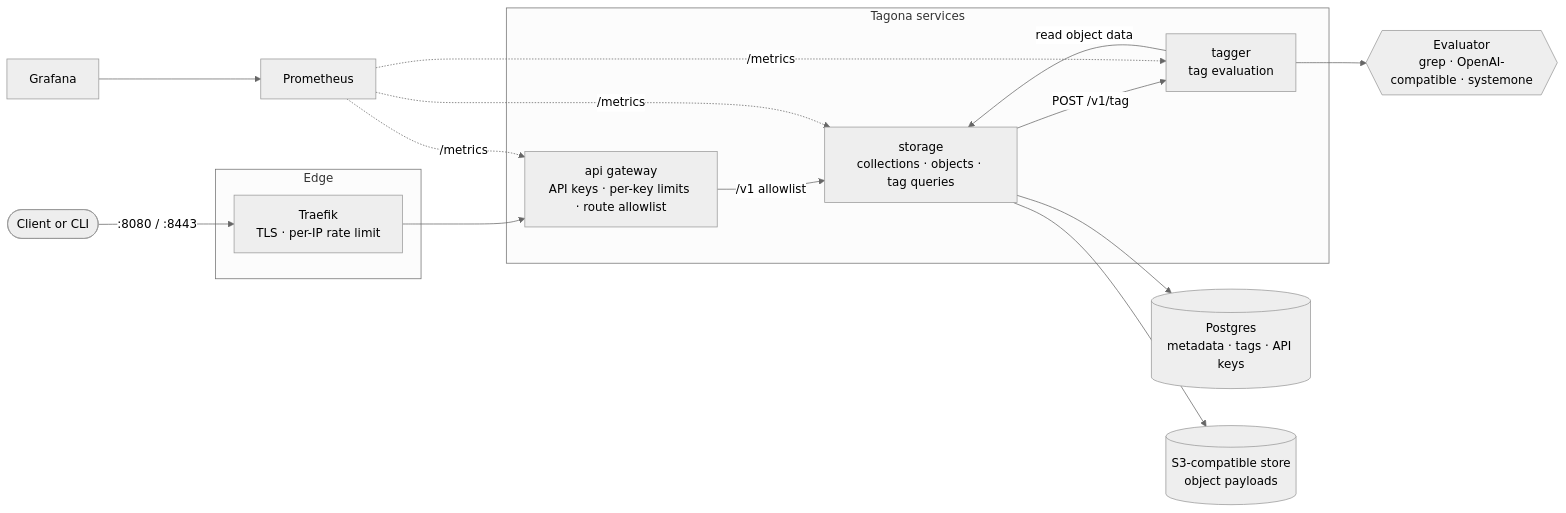
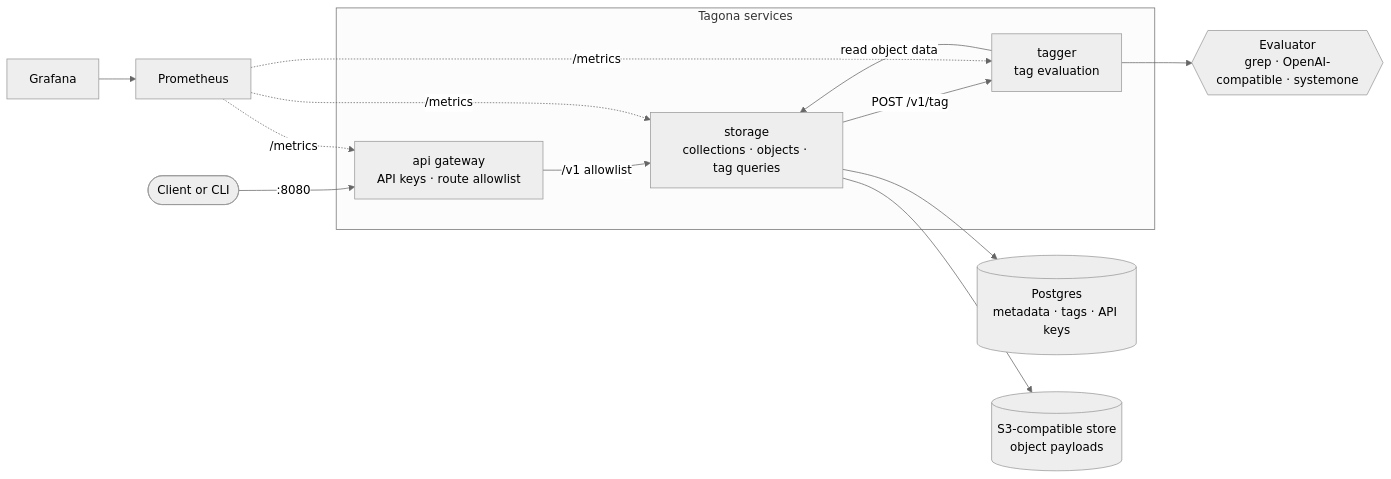
Before and after one commit to MrSydar/tagona: the first of 2 diagrams in README.md, drawn with Mermaid (neutral theme). The commit also changed other lines of this file and 15 other files, not shown here.

First line of the commit message:
feat!: move the edge proxy and per-key rate limiting out of core

````diff
--- a/README.md
+++ b/README.md
@@ -306,29 +295,25 @@
 ```mermaid
 flowchart LR
     client([Client or CLI])
 
-    subgraph edge [Edge]
-        traefik["Traefik<br/>TLS · per-IP rate limit"]
-    end
-
     subgraph services [Tagona services]
-        api["api gateway<br/>API keys · per-key limits · route allowlist"]
+        api["api gateway<br/>API keys · route allowlist"]
         storage["storage<br/>collections · objects · tag queries"]
         tagger["tagger<br/>tag evaluation"]
     end
 
     pg[("Postgres<br/>metadata · tags · API keys")]
     s3[("S3-compatible store<br/>object payloads")]
     evaluator{{"Evaluator<br/>grep · OpenAI-compatible · systemone"}}
 
-    client -->|":8080 / :8443"| traefik --> api
+    client -->|":8080"| api
     api -->|"/v1 allowlist"| storage
     storage -->|"POST /v1/tag"| tagger
     tagger -->|"read object data"| storage
     storage --> pg
     storage --> s3
     tagger --> evaluator
 
     prom[Prometheus] -.->|"/metrics"| api & storage & tagger
     grafana[Grafana] --> prom
 ```
````
